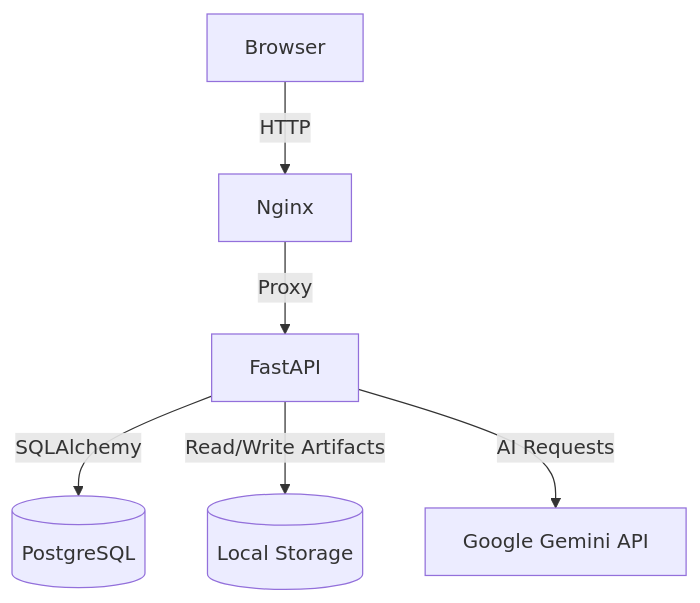
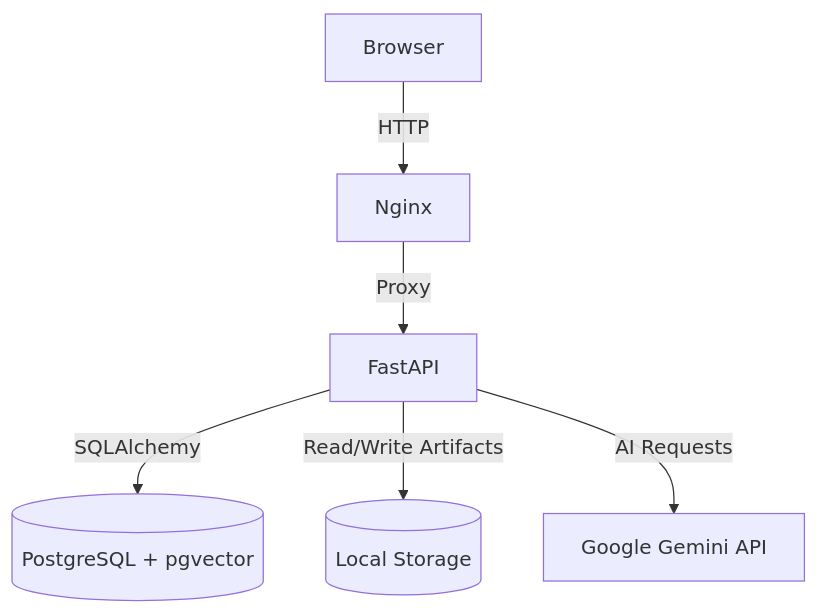
Before and after one commit to Mohitingale13/microflow-ml-platform: the first of 3 diagrams in README.md, drawn with Mermaid. The commit also changed other lines of this file and 76 other files, not shown here.

````diff
--- a/README.md
+++ b/README.md
@@ -114,15 +105,15 @@
 ```mermaid
 graph TD
     Browser[Browser]
     Nginx[Nginx]
     FastAPI[FastAPI]
     Gemini[Google Gemini API]
-    PostgreSQL[(PostgreSQL)]
+    PostgreSQL[(PostgreSQL + pgvector)]
     Storage[(Local Storage)]
 
     Browser -->|HTTP| Nginx
     Nginx -->|Proxy| FastAPI
     FastAPI -->|SQLAlchemy| PostgreSQL
     FastAPI -->|Read/Write Artifacts| Storage
     FastAPI -->|AI Requests| Gemini
 ```
````
